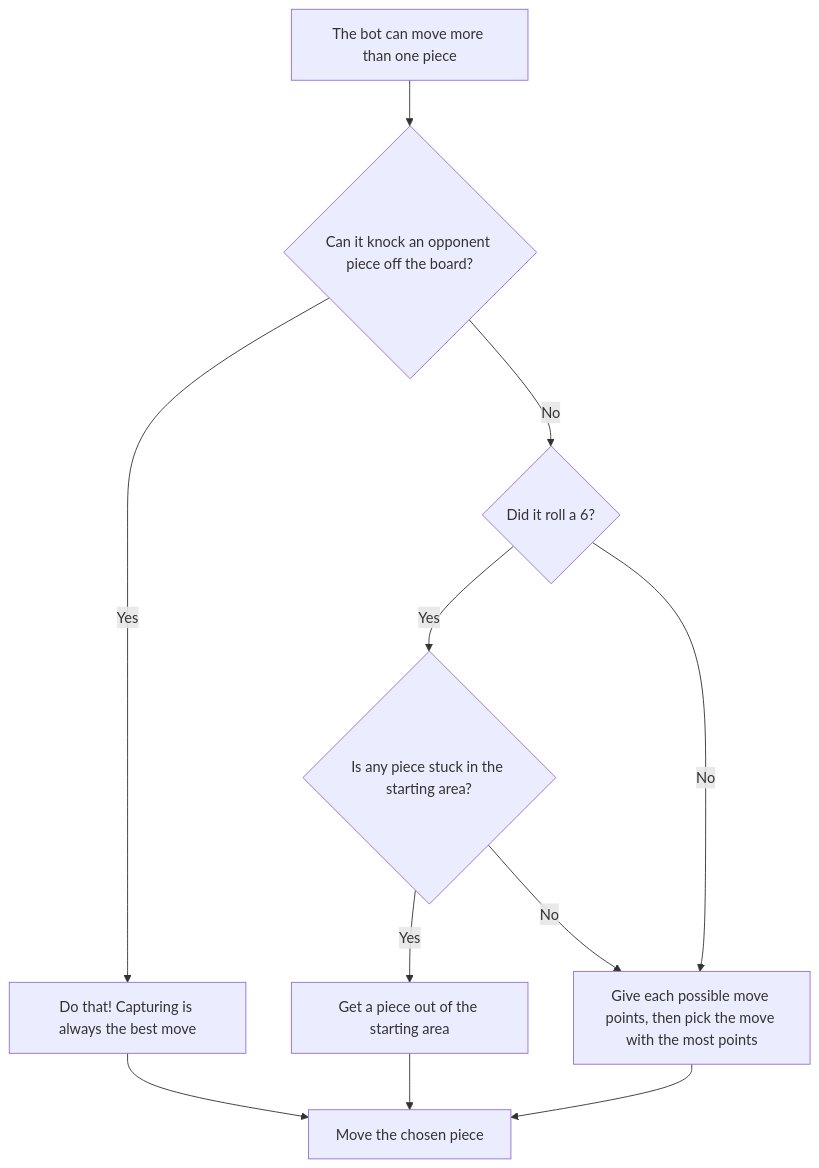
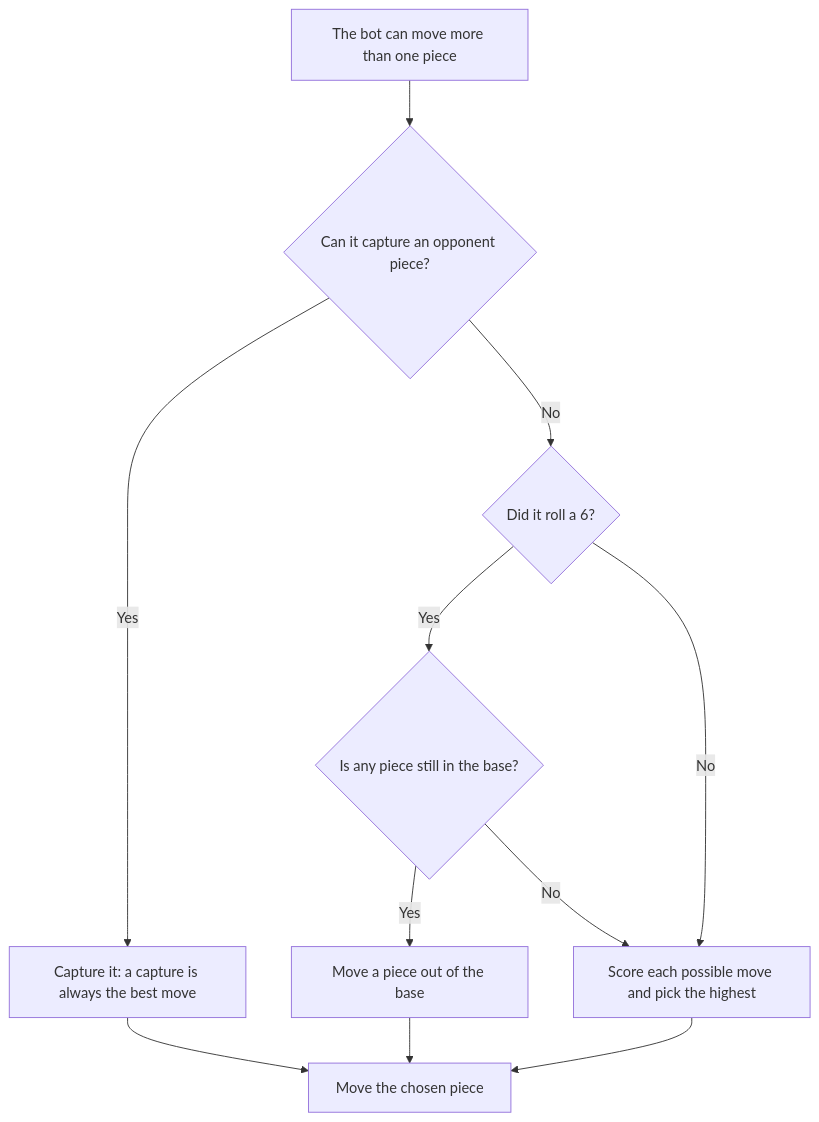
The second of 3 diagrams in docs/ludo-engine/ludo-engine-bot-module.md (J00ZzZ/ft_transcendence), drawn with Mermaid before and after one commit. The commit also changed other lines of this file and 31 other files, not shown here.

````diff
--- a/docs/ludo-engine/ludo-engine-bot-module.md
+++ b/docs/ludo-engine/ludo-engine-bot-module.md
@@ -117,13 +117,13 @@
 ```mermaid
 flowchart TD
-    A["The bot can move more than one piece"] --> B{"Can it knock an opponent piece off the board?"}
-    B -- "Yes" --> C["Do that! Capturing is always the best move"]
+    A["The bot can move more than one piece"] --> B{"Can it capture an opponent piece?"}
+    B -- "Yes" --> C["Capture it: a capture is always the best move"]
     B -- "No" --> D{"Did it roll a 6?"}
-    D -- "Yes" --> E{"Is any piece stuck in the starting area?"}
-    E -- "Yes" --> F["Get a piece out of the starting area"]
-    E -- "No" --> G["Give each possible move points, then pick the move with the most points"]
+    D -- "Yes" --> E{"Is any piece still in the base?"}
+    E -- "Yes" --> F["Move a piece out of the base"]
+    E -- "No" --> G["Score each possible move and pick the highest"]
     D -- "No" --> G
     C --> H["Move the chosen piece"]
     F --> H
     G --> H
 ```
````
